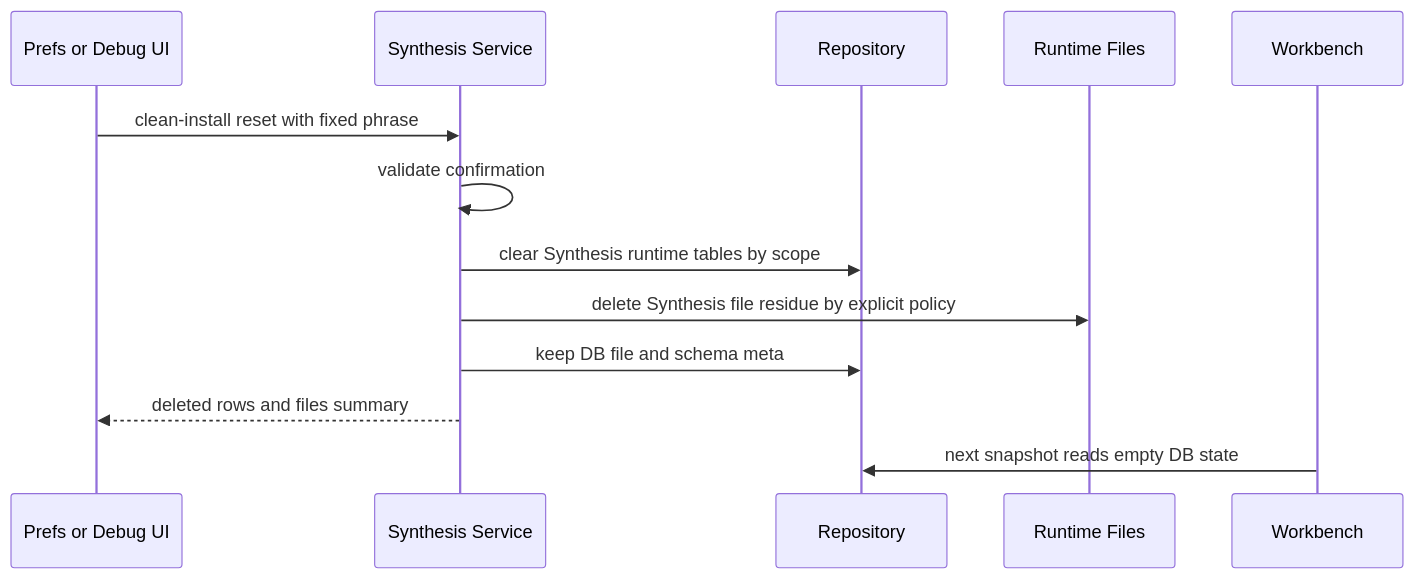
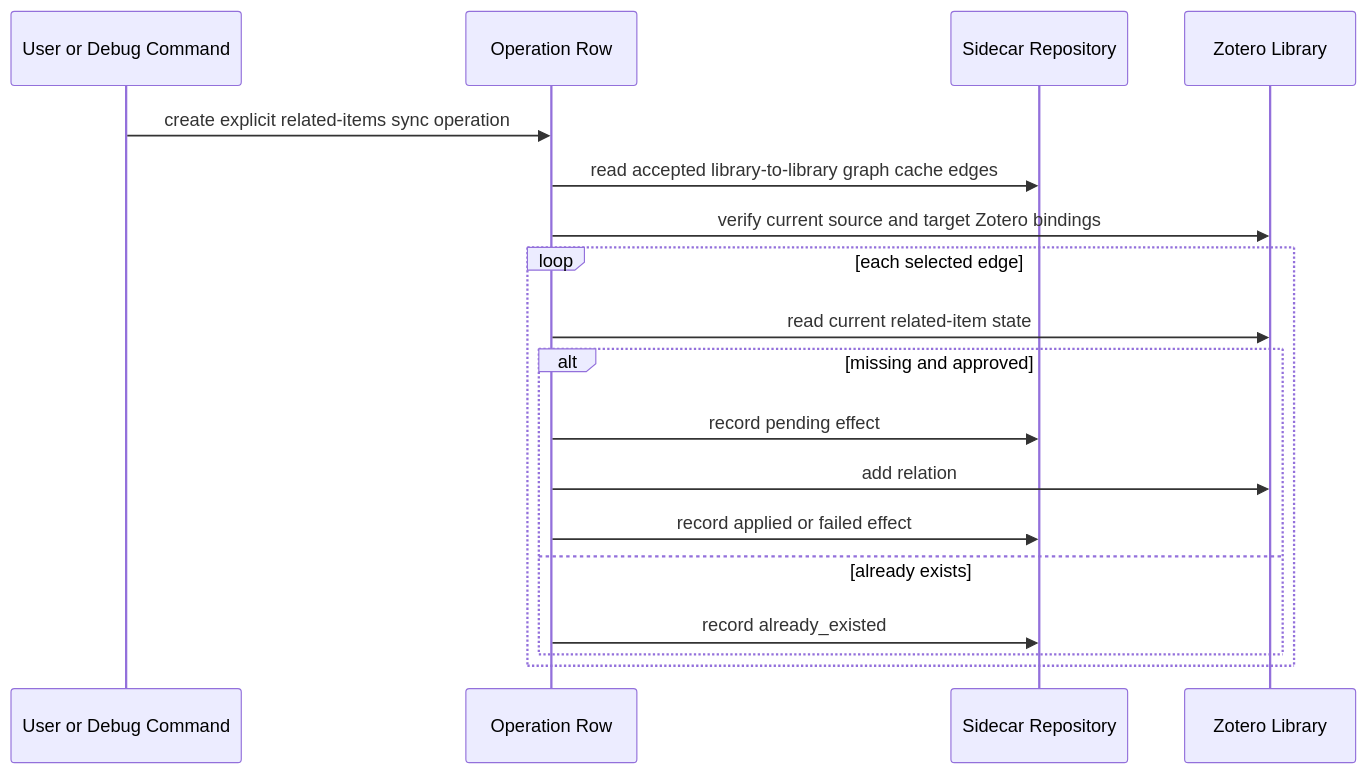
Before and after one commit to leike0813/zotero-agents: the seventh of 8 diagrams in doc/synthesis-layer/sequences.md, drawn with Mermaid. The commit also changed other lines of this file and 267 other files, not shown here.

````diff
--- a/doc/synthesis-layer/sequences.md
+++ b/doc/synthesis-layer/sequences.md
@@ -271,16 +195,21 @@
 ```mermaid
 sequenceDiagram
-  participant UI as Prefs or Debug UI
-  participant S as Synthesis Service
-  participant R as Repository
-  participant FS as Runtime Files
-  participant WB as Workbench
+  participant U as User or Debug Command
+  participant O as Operation Row
+  participant S as Sidecar Repository
+  participant Z as Zotero Library
 
-  UI->>S: clean-install reset with fixed phrase
-  S->>S: validate confirmation
-  S->>R: clear Synthesis runtime tables by scope
-  S->>FS: delete Synthesis file residue by explicit policy
-  S->>R: keep DB file and schema meta
-  S-->>UI: deleted rows and files summary
-  WB->>R: next snapshot reads empty DB state
+  U->>O: create explicit related-items sync operation
+  O->>S: read accepted library-to-library graph cache edges
+  O->>Z: verify current source and target Zotero bindings
+  loop each selected edge
+    O->>Z: read current related-item state
+    alt missing and approved
+      O->>S: record pending effect
+      O->>Z: add relation
+      O->>S: record applied or failed effect
+    else already exists
+      O->>S: record already_existed
+    end
+  end
 ```
````
